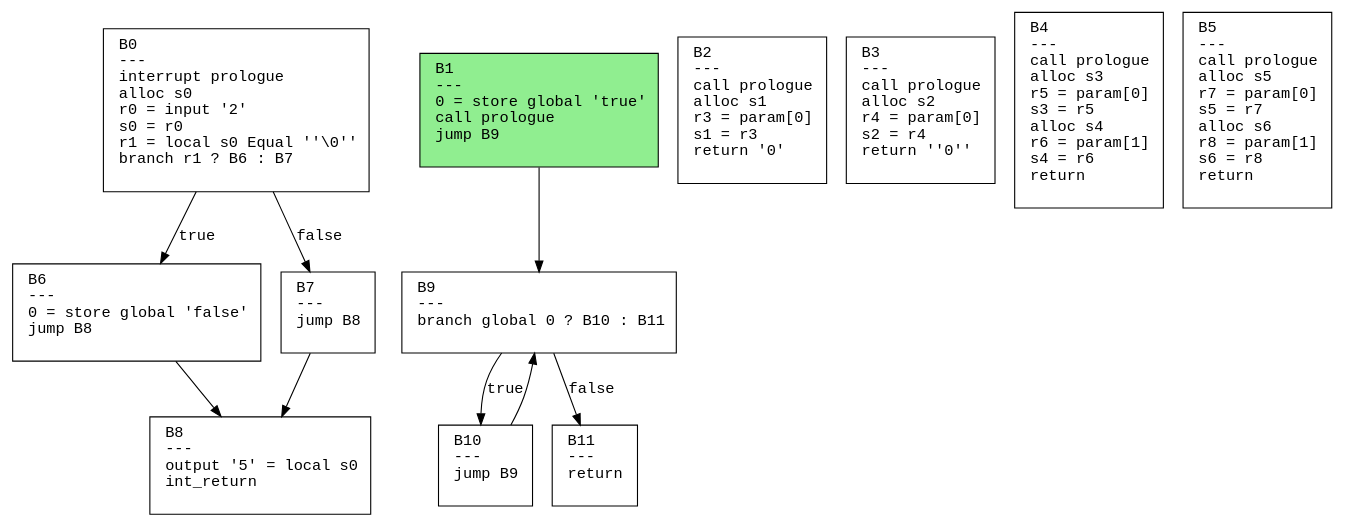
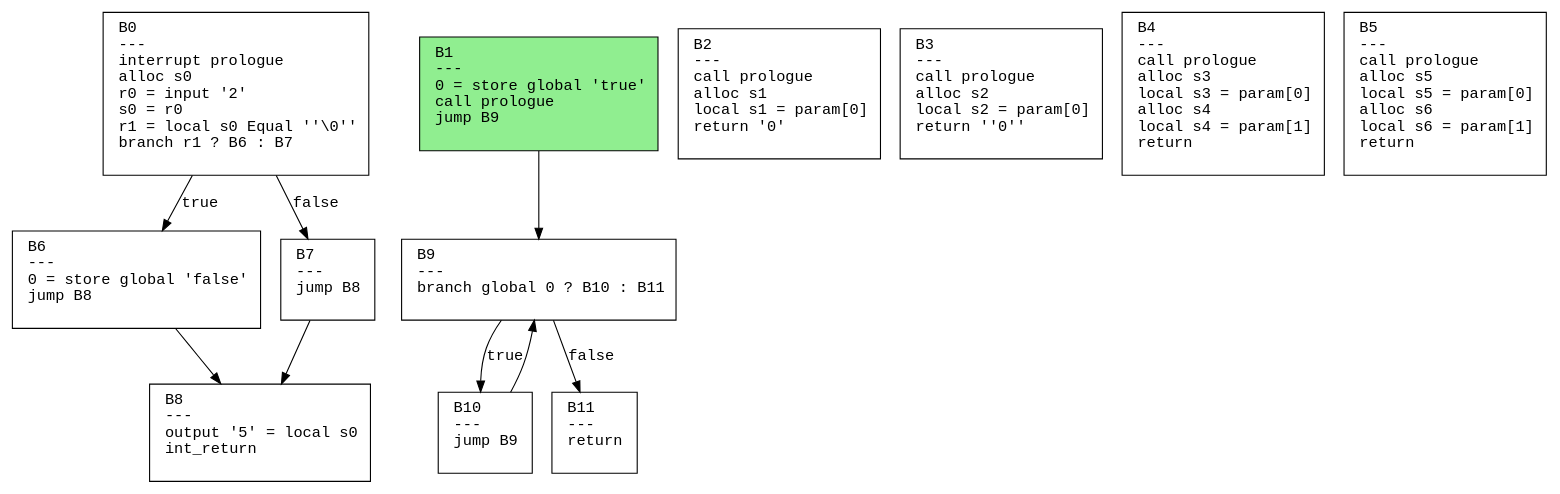
The diagram in schemes/cat.dot (safarislava/ProcTranslator), drawn with Graphviz before and after one commit. The commit also changed 20 other files, not shown here.

```diff
--- a/schemes/cat.dot
+++ b/schemes/cat.dot
@@ -1,27 +1,27 @@
 digraph CFG {
   rankdir=TB;
   node [shape=box, fontname="Courier", style=filled, fillcolor=white, margin="0.2,0.1"];
   edge [fontname="Courier"];
 
   "B0" [label="B0\l---\linterrupt prologue\lalloc s0\lr0 = input '2'\ls0 = r0\lr1 = local s0 Equal ''\\0''\lbranch r1 ? B6 : B7\l "];
   "B1" [label="B1\l---\l0 = store global 'true'\lcall prologue\ljump B9\l "];
-  "B2" [label="B2\l---\lcall prologue\lalloc s1\lr3 = param[0]\ls1 = r3\lreturn '0'\l "];
-  "B3" [label="B3\l---\lcall prologue\lalloc s2\lr4 = param[0]\ls2 = r4\lreturn ''0''\l "];
-  "B4" [label="B4\l---\lcall prologue\lalloc s3\lr5 = param[0]\ls3 = r5\lalloc s4\lr6 = param[1]\ls4 = r6\lreturn\l "];
-  "B5" [label="B5\l---\lcall prologue\lalloc s5\lr7 = param[0]\ls5 = r7\lalloc s6\lr8 = param[1]\ls6 = r8\lreturn\l "];
+  "B2" [label="B2\l---\lcall prologue\lalloc s1\llocal s1 = param[0]\lreturn '0'\l "];
+  "B3" [label="B3\l---\lcall prologue\lalloc s2\llocal s2 = param[0]\lreturn ''0''\l "];
+  "B4" [label="B4\l---\lcall prologue\lalloc s3\llocal s3 = param[0]\lalloc s4\llocal s4 = param[1]\lreturn\l "];
+  "B5" [label="B5\l---\lcall prologue\lalloc s5\llocal s5 = param[0]\lalloc s6\llocal s6 = param[1]\lreturn\l "];
   "B6" [label="B6\l---\l0 = store global 'false'\ljump B8\l "];
   "B7" [label="B7\l---\ljump B8\l "];
   "B8" [label="B8\l---\loutput '5' = local s0\lint_return\l "];
   "B9" [label="B9\l---\lbranch global 0 ? B10 : B11\l "];
   "B10" [label="B10\l---\ljump B9\l "];
   "B11" [label="B11\l---\lreturn\l "];
   "B0" -> "B6" [label="true"];
   "B0" -> "B7" [label="false"];
   "B1" -> "B9";
   "B6" -> "B8";
   "B7" -> "B8";
   "B9" -> "B10" [label="true"];
   "B9" -> "B11" [label="false"];
   "B10" -> "B9";
   "B1" [fillcolor=lightgreen];
 }
```
